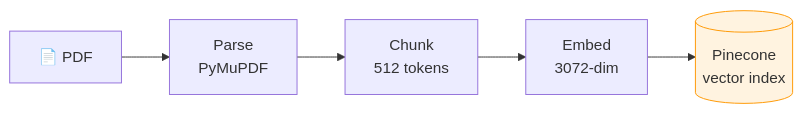
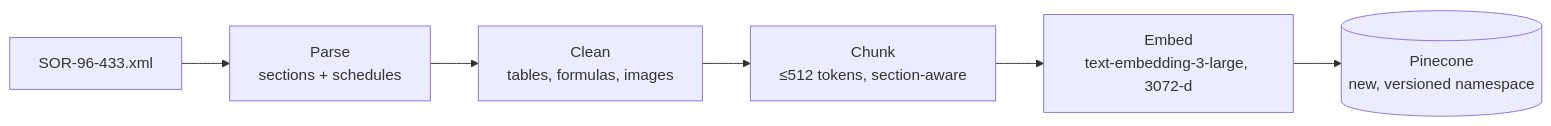
Before and after one commit to anant-j/AeroQuery: the second of 5 diagrams in README.md, drawn with Mermaid. The commit also changed other lines of this file, not shown here.

````diff
--- a/README.md
+++ b/README.md
@@ -29,6 +49,8 @@
 ```mermaid
 flowchart LR
-    A["📄 PDF"] --> B["Parse\nPyMuPDF"] --> C["Chunk\n512 tokens"] --> D["Embed\n3072-dim"] --> E[("Pinecone\nvector index")]
-
-    style E fill:#fff3e0,stroke:#ff9800
+    A["SOR-96-433.xml"] --> B["Parse<br/>sections + schedules"]
+    B --> C["Clean<br/>tables, formulas, images"]
+    C --> D["Chunk<br/>≤512 tokens, section-aware"]
+    D --> E["Embed<br/>text-embedding-3-large, 3072-d"]
+    E --> F[("Pinecone<br/>new, versioned namespace")]
 ```
````
